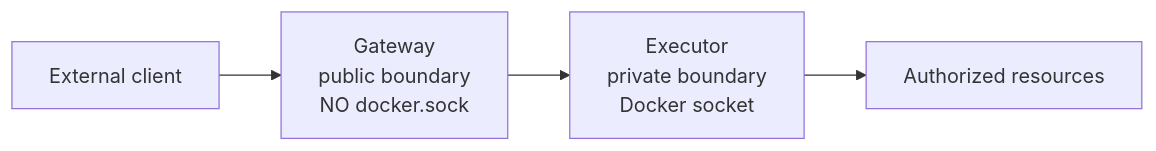
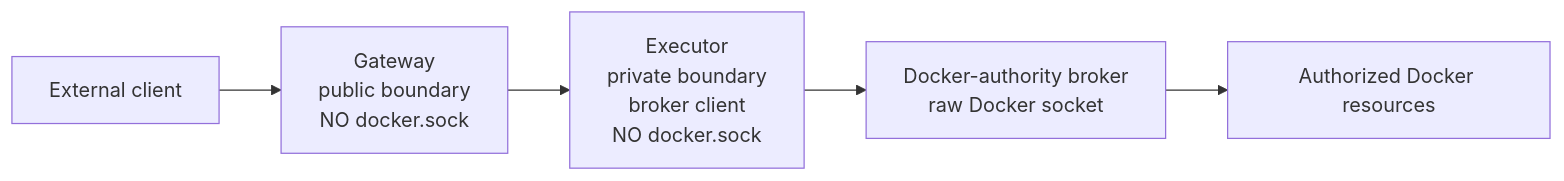
The second of 3 diagrams in MCP_IDE_BRIDGE_MASTER_PRD.md (Herman940306/QuaranGate), drawn with Mermaid before and after one commit. The commit also changed other lines of this file and 3 other files, not shown here.

````diff
--- a/MCP_IDE_BRIDGE_MASTER_PRD.md
+++ b/MCP_IDE_BRIDGE_MASTER_PRD.md
@@ -297,6 +299,7 @@
 ```mermaid
 flowchart LR
     NET["External client"] --> GW["Gateway<br/>public boundary<br/>NO docker.sock"]
-    GW --> EX["Executor<br/>private boundary<br/>Docker socket"]
-    EX --> RES["Authorized resources"]
+    GW --> EX["Executor<br/>private boundary<br/>broker client<br/>NO docker.sock"]
+    EX --> DA["Docker-authority broker<br/>raw Docker socket"]
+    DA --> RES["Authorized Docker resources"]
 ```
````
